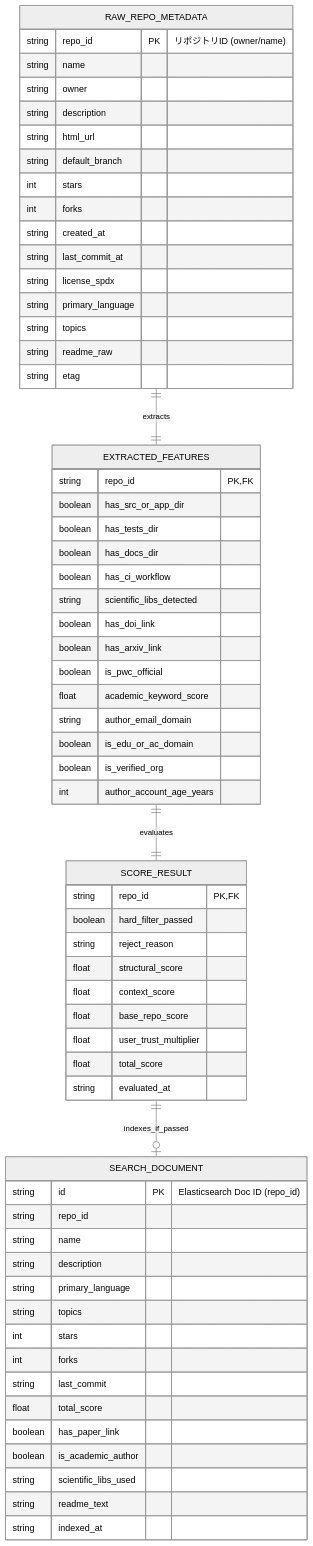
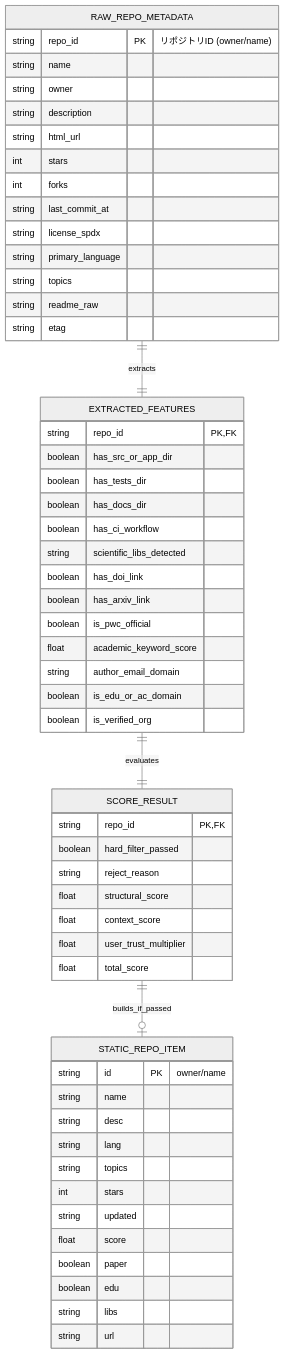
Before and after one commit to xzyozi/ScholarRepo-Finder: the diagram in docs/design/SRF-DS-001_データ構造仕様書.md, drawn with Mermaid (neutral theme). The commit also changed other lines of this file and 3 other files, not shown here.

````diff
--- a/docs/design/SRF-DS-001_データ構造仕様書.md
+++ b/docs/design/SRF-DS-001_データ構造仕様書.md
@@ -47,71 +47,63 @@
 ```mermaid
 erDiagram
     RAW_REPO_METADATA ||--|| EXTRACTED_FEATURES : extracts
     EXTRACTED_FEATURES ||--|| SCORE_RESULT : evaluates
-    SCORE_RESULT ||--o| SEARCH_DOCUMENT : indexes_if_passed
+    SCORE_RESULT ||--o| STATIC_REPO_ITEM : builds_if_passed
 
     RAW_REPO_METADATA {
         string repo_id PK "リポジトリID (owner/name)"
         string name
         string owner
         string description
         string html_url
-        string default_branch
         int stars
         int forks
-        string created_at
         string last_commit_at
         string license_spdx
         string primary_language
         string topics
         string readme_raw
         string etag
     }
 
     EXTRACTED_FEATURES {
         string repo_id PK,FK
         boolean has_src_or_app_dir
         boolean has_tests_dir
         boolean has_docs_dir
         boolean has_ci_workflow
         string scientific_libs_detected
         boolean has_doi_link
         boolean has_arxiv_link
         boolean is_pwc_official
         float academic_keyword_score
         string author_email_domain
         boolean is_edu_or_ac_domain
         boolean is_verified_org
-        int author_account_age_years
     }
 
     SCORE_RESULT {
         string repo_id PK,FK
         boolean hard_filter_passed
         string reject_reason
         float structural_score
         float context_score
-        float base_repo_score
         float user_trust_multiplier
         float total_score
-        string evaluated_at
     }
 
-    SEARCH_DOCUMENT {
-        string id PK "Elasticsearch Doc ID (repo_id)"
-        string repo_id
+    STATIC_REPO_ITEM {
+        string id PK "owner/name"
         string name
-        string description
-        string primary_language
+        string desc
+        string lang
         string topics
         int stars
-        int forks
-        string last_commit
-        float total_score
-        boolean has_paper_link
-        boolean is_academic_author
-        string scientific_libs_used
-        string readme_text
-        string indexed_at
+        string updated
+        float score
+        boolean paper
+        boolean edu
+        string libs
+        string url
     }
 ```
````
